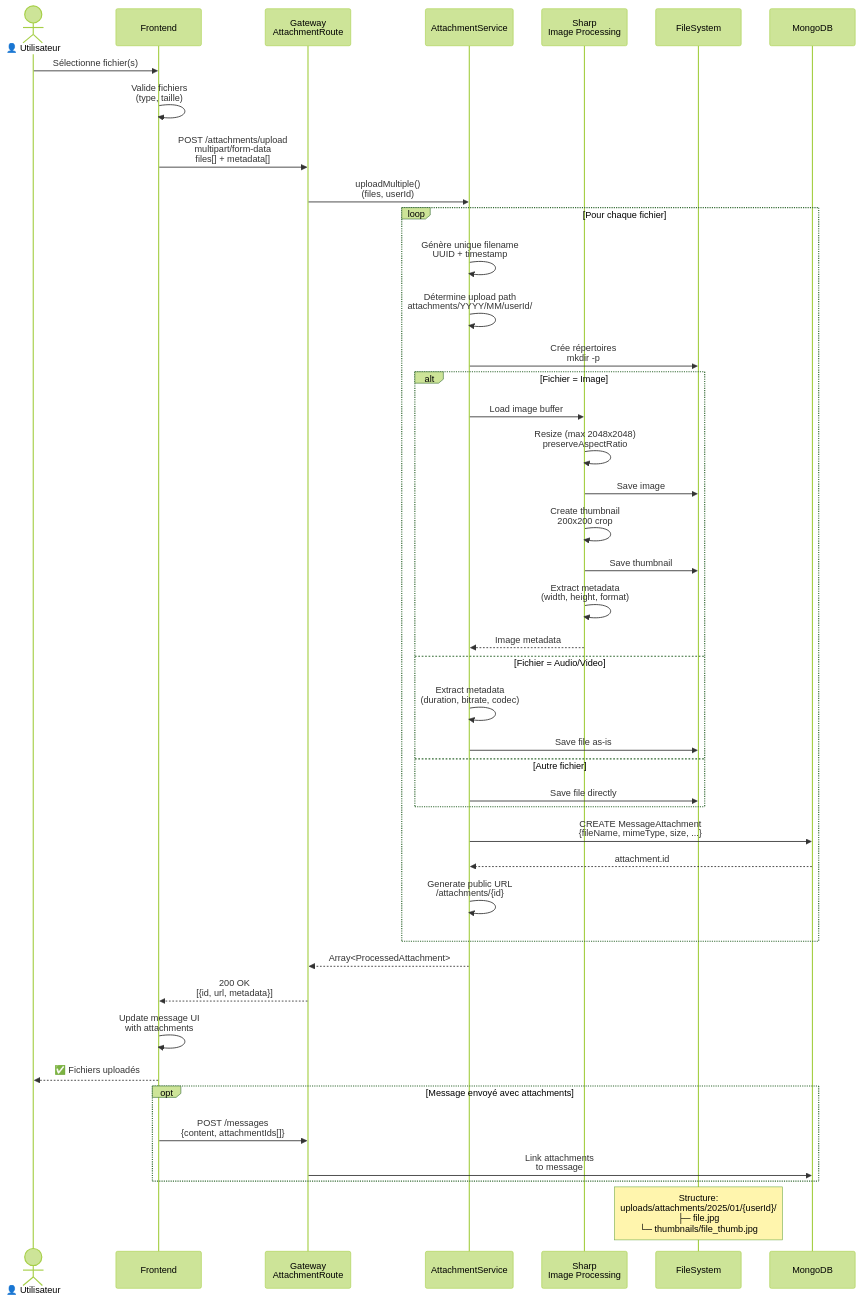
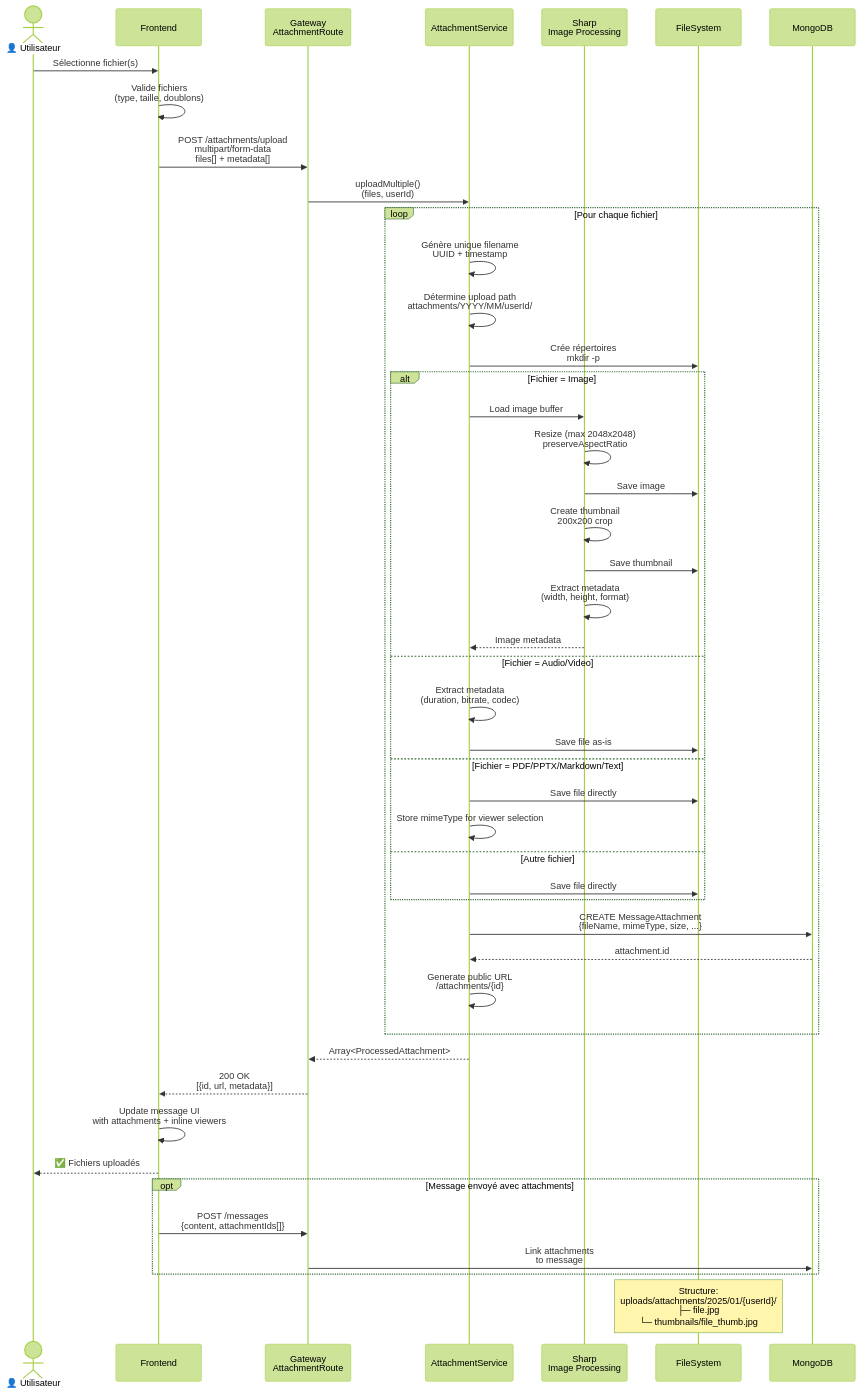
Before and after one commit to jcnm/meeshy: the seventh of 17 diagrams in docs/architecture-diagrams.md, drawn with Mermaid (forest theme). The commit also changed other lines of this file, not shown here.

First line of the commit message:
docs: update all architecture diagrams to v2.0 with latest features

````diff
--- a/docs/architecture-diagrams.md
+++ b/docs/architecture-diagrams.md
@@ -373,63 +499,67 @@
 ```mermaid
 sequenceDiagram
     actor User as 👤 Utilisateur
     participant FE as Frontend
     participant GW as Gateway<br/>AttachmentRoute
     participant AS as AttachmentService
     participant Sharp as Sharp<br/>Image Processing
     participant FS as FileSystem
     participant DB as MongoDB
 
     User->>FE: Sélectionne fichier(s)
-    FE->>FE: Valide fichiers<br/>(type, taille)
+    FE->>FE: Valide fichiers<br/>(type, taille, doublons)
 
     FE->>GW: POST /attachments/upload<br/>multipart/form-data<br/>files[] + metadata[]
 
     GW->>AS: uploadMultiple()<br/>(files, userId)
 
     loop Pour chaque fichier
         AS->>AS: Génère unique filename<br/>UUID + timestamp
 
         AS->>AS: Détermine upload path<br/>attachments/YYYY/MM/userId/
 
         AS->>FS: Crée répertoires<br/>mkdir -p
 
         alt Fichier = Image
             AS->>Sharp: Load image buffer
 
             Sharp->>Sharp: Resize (max 2048x2048)<br/>preserveAspectRatio
             Sharp->>FS: Save image
 
             Sharp->>Sharp: Create thumbnail<br/>200x200 crop
             Sharp->>FS: Save thumbnail
 
             Sharp->>Sharp: Extract metadata<br/>(width, height, format)
             Sharp-->>AS: Image metadata
 
         else Fichier = Audio/Video
             AS->>AS: Extract metadata<br/>(duration, bitrate, codec)
             AS->>FS: Save file as-is
 
+        else Fichier = PDF/PPTX/Markdown/Text
+            AS->>FS: Save file directly
+            AS->>AS: Store mimeType for viewer selection
+
         else Autre fichier
             AS->>FS: Save file directly
         end
 
         AS->>DB: CREATE MessageAttachment<br/>{fileName, mimeType, size, ...}
         DB-->>AS: attachment.id
 
         AS->>AS: Generate public URL<br/>/attachments/{id}
     end
 
     AS-->>GW: Array<ProcessedAttachment>
     GW-->>FE: 200 OK<br/>[{id, url, metadata}]
 
-    FE->>FE: Update message UI<br/>with attachments
+    FE->>FE: Update message UI<br/>with attachments + inline viewers
     FE-->>User: ✅ Fichiers uploadés
 
     opt Message envoyé avec attachments
         FE->>GW: POST /messages<br/>{content, attachmentIds[]}
         GW->>DB: Link attachments<br/>to message
     end
 
     Note over FS: Structure:<br/>uploads/attachments/2025/01/{userId}/<br/>  ├─ file.jpg<br/>  └─ thumbnails/file_thumb.jpg
 ```
````
